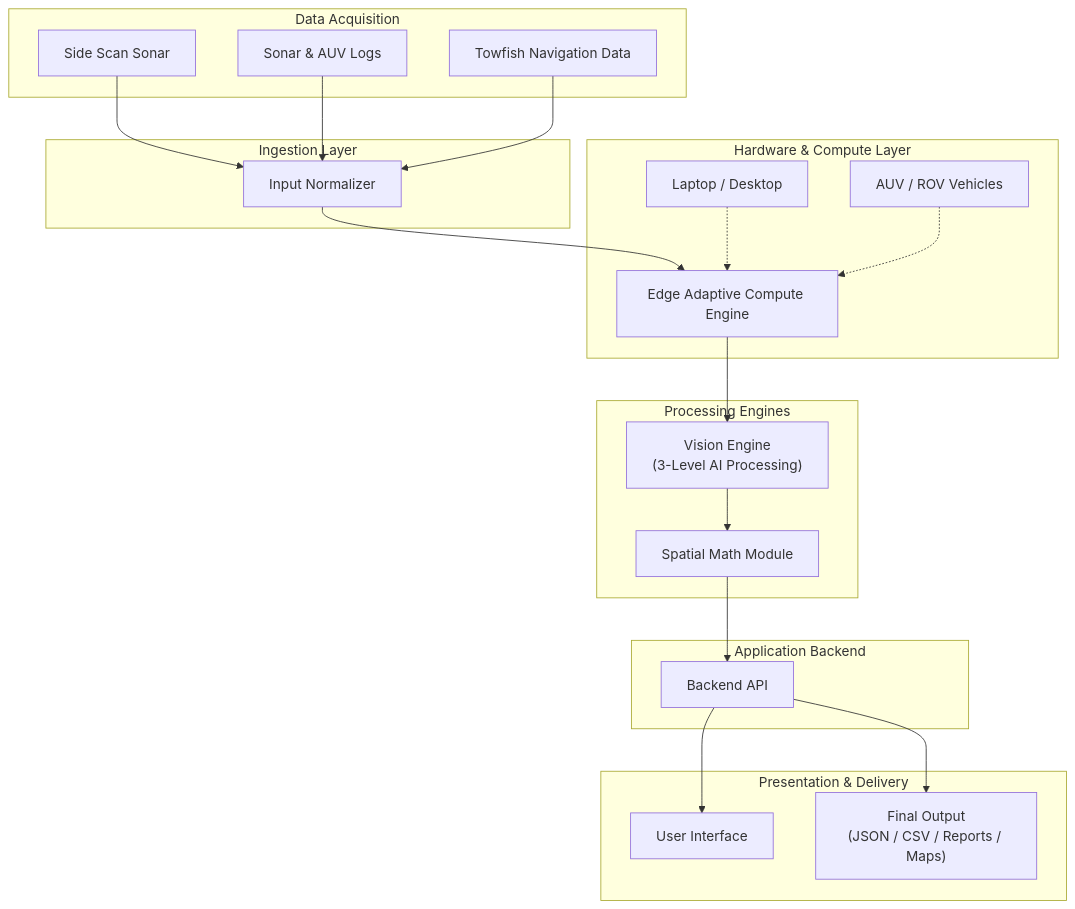
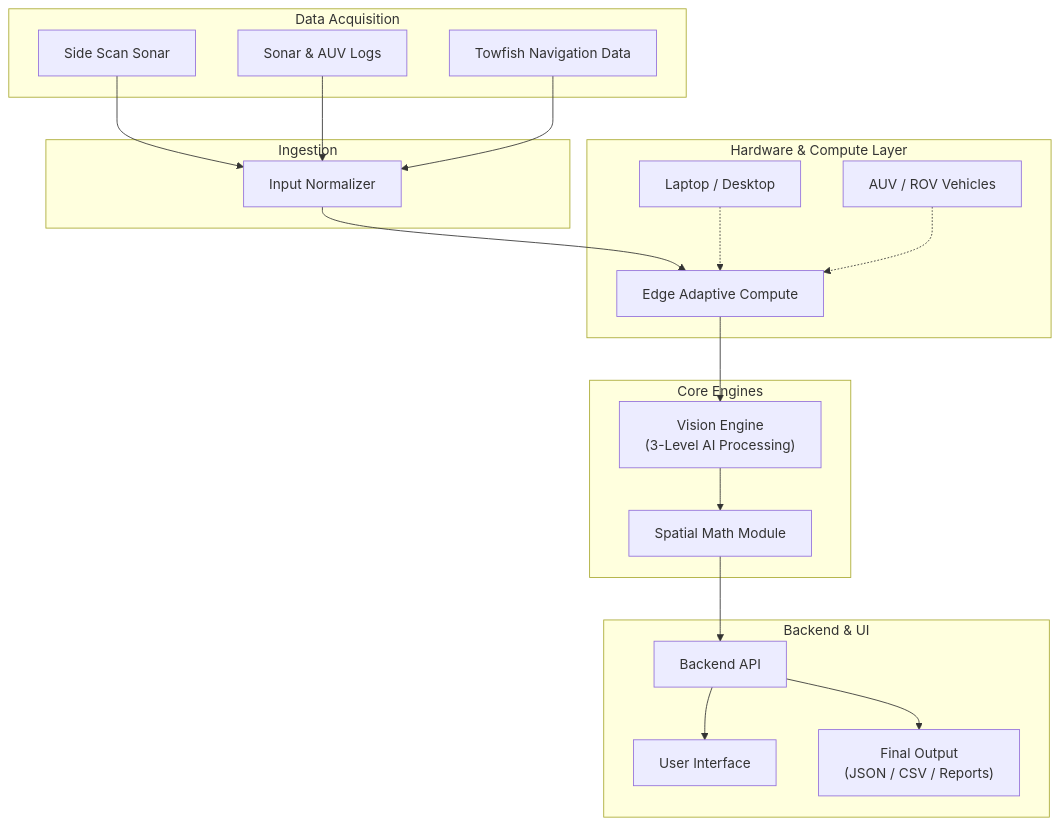
One commit to RaghavKacker/Aqua-Sentinel changed the second of 2 diagrams in README.md. Above: the diagram before and after it, drawn with Mermaid. The commit also changed other lines of this file, not shown here.

````diff
--- a/README.md
+++ b/README.md
@@ -200,48 +127,38 @@
 ```mermaid
-graph TB
-    subgraph SENSORS["Data Acquisition"]
+graph TD
+    subgraph Data_Acquisition ["Data Acquisition"]
         SSS["Side Scan Sonar"]
         LOGS["Sonar & AUV Logs"]
         NAV["Towfish Navigation Data"]
     end
 
-    subgraph INGEST["Ingestion Layer"]
+    subgraph Ingestion ["Ingestion"]
         NORM["Input Normalizer"]
     end
 
-    subgraph HARDWARE["Hardware & Compute Layer"]
-        ADAPT["Edge Adaptive Compute Engine"]
+    subgraph Hardware_Layer ["Hardware & Compute Layer"]
+        ADAPT["Edge Adaptive Compute"]
         PC["Laptop / Desktop"]
         AUV["AUV / ROV Vehicles"]
     end
 
-    subgraph CORE["Processing Engines"]
+    subgraph Processing_Engines ["Core Engines"]
         VISION["Vision Engine<br/>(3-Level AI Processing)"]
         SPATIAL["Spatial Math Module"]
     end
 
-    subgraph BACKEND["Application Backend"]
+    subgraph Application ["Backend & UI"]
         API["Backend API"]
+        UI["User Interface"]
+        OUT["Final Output<br/>(JSON / CSV / Reports)"]
     end
 
-    subgraph PRESENTATION["Presentation & Delivery"]
-        UI["User Interface"]
-        OUTPUT["Final Output<br/>(JSON / CSV / Reports / Maps)"]
-    end
-
-    %% Logical Relationships
-    SSS --> NORM
-    LOGS --> NORM
-    NAV --> NORM
-
+    SSS & LOGS & NAV --> NORM
     NORM --> ADAPT
-    PC -.-> ADAPT
-    AUV -.-> ADAPT
-
+    PC & AUV -.-> ADAPT
     ADAPT --> VISION
     VISION --> SPATIAL
     SPATIAL --> API
-
     API --> UI
-    API --> OUTPUT
+    API --> OUT
 ```
````
